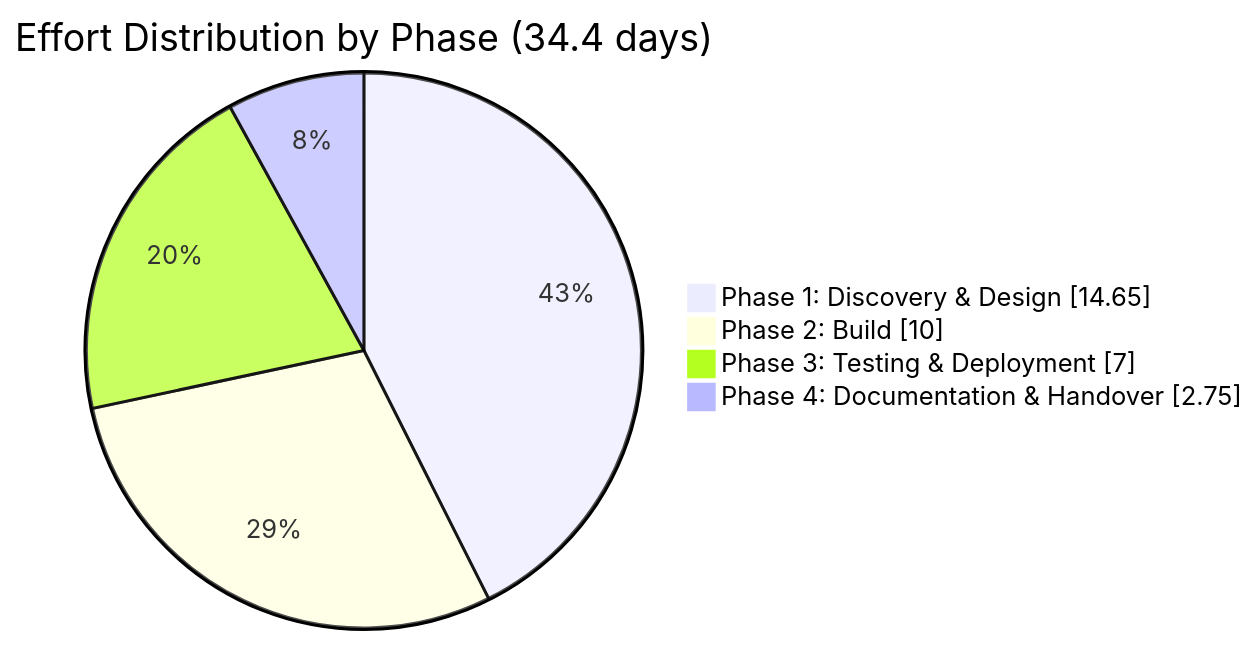
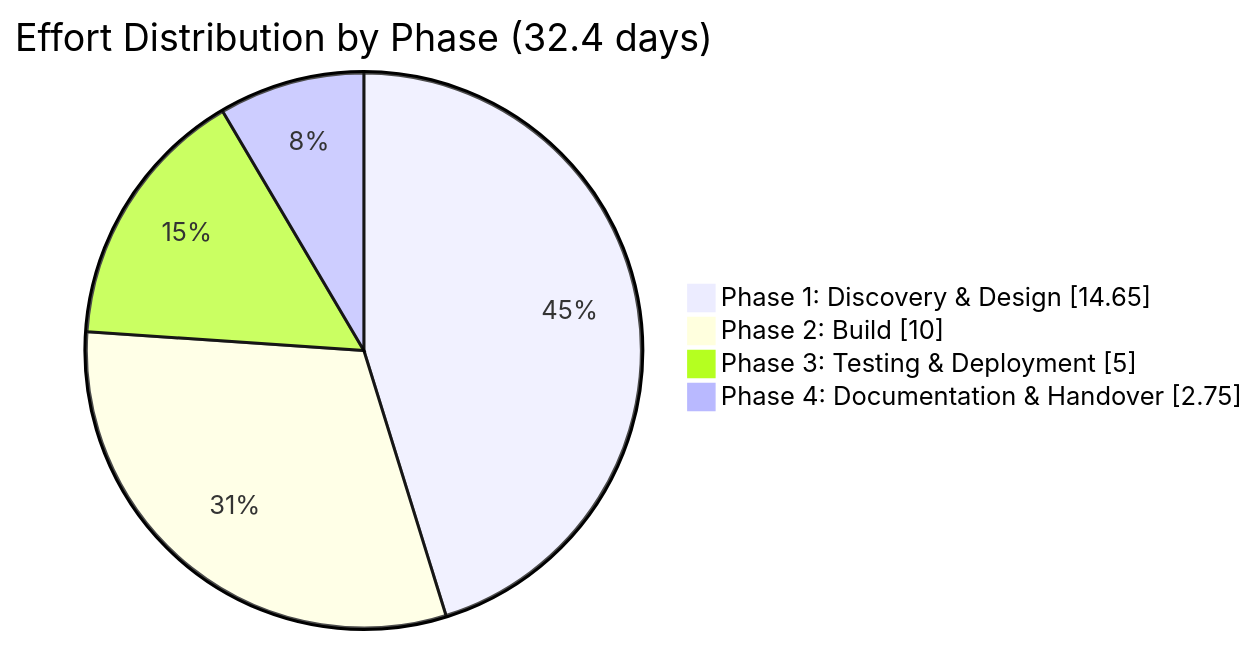
The second of 2 diagrams in 4-DataPipelinePrioritisation/InternalSoWs/SoWs/ProductExperience_Domain_Scope_of_Work_INTERNAL.md (sfc-gh-mhindi/REPO_CANVA), drawn with Mermaid before and after one commit. The commit also changed other lines of this file and 3 other files, not shown here.

First line of the commit message:
Update timelines and resource requirements to match new estimates

````diff
--- a/4-DataPipelinePrioritisation/InternalSoWs/SoWs/ProductExperience_Domain_Scope_of_Work_INTERNAL.md
+++ b/4-DataPipelinePrioritisation/InternalSoWs/SoWs/ProductExperience_Domain_Scope_of_Work_INTERNAL.md
@@ -529,8 +529,8 @@
 ```mermaid
 pie showData
-    title Effort Distribution by Phase (34.4 days)
+    title Effort Distribution by Phase (32.4 days)
     "Phase 1: Discovery & Design" : 14.65
     "Phase 2: Build" : 10.0
-    "Phase 3: Testing & Deployment" : 7.0
+    "Phase 3: Testing & Deployment" : 5.0
     "Phase 4: Documentation & Handover" : 2.75
 ```
````
